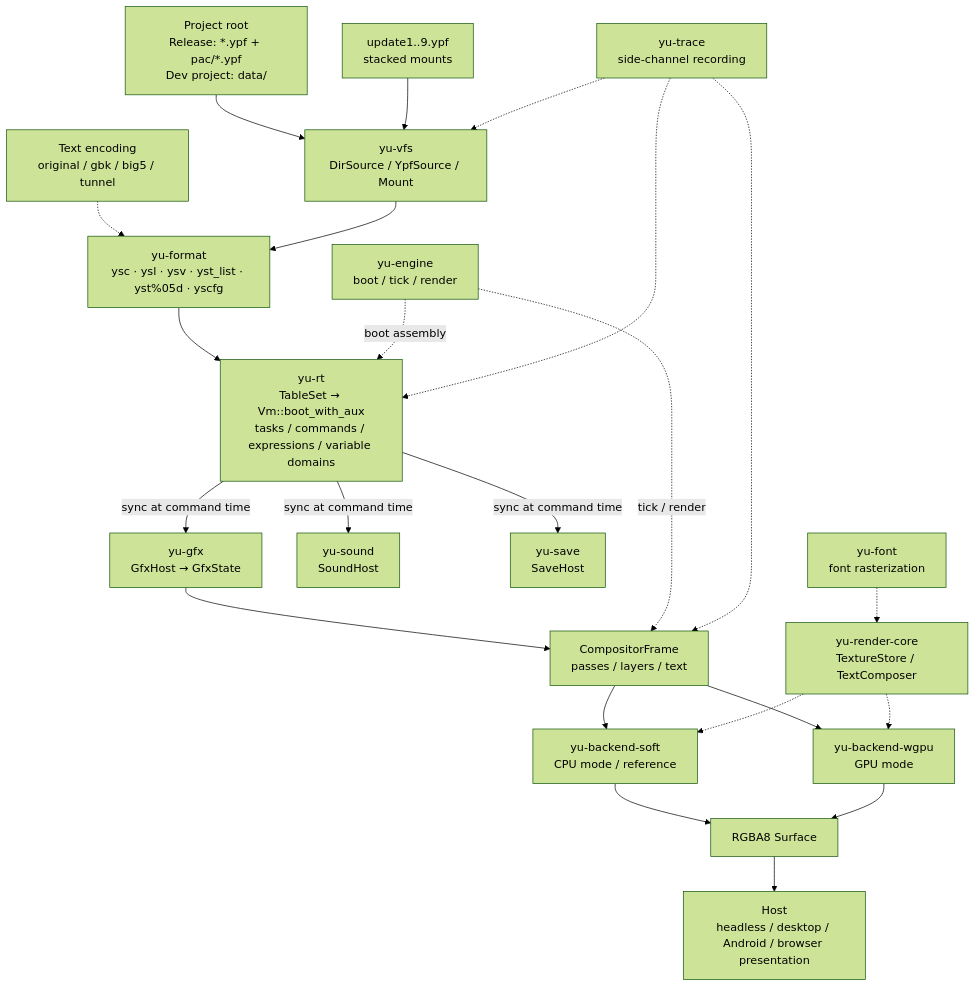
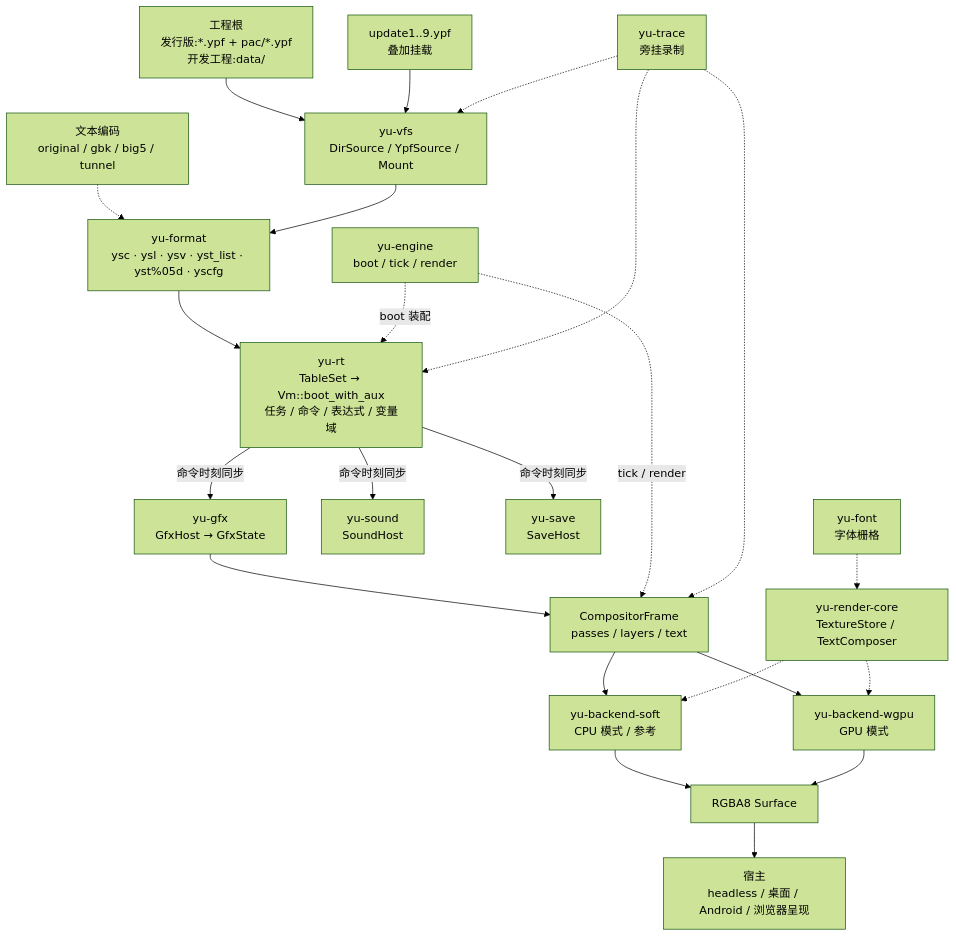
Before and after one commit to NotFaceGUI/yuris-kernel: the diagram in README.md, drawn with Mermaid (forest theme). The commit also changed other lines of this file and 3 other files, not shown here.

````diff
--- a/README.md
+++ b/README.md
@@ -184,43 +209,43 @@
 ```mermaid
 flowchart TD
-    PROJ["Project root<br/>Release: *.ypf + pac/*.ypf<br/>Dev project: data/"]
-    UPD["update1..9.ypf<br/>stacked mounts"]
-    PATCH["Text encoding<br/>original / gbk / big5 / tunnel"]
+    PROJ["工程根<br/>发行版:*.ypf + pac/*.ypf<br/>开发工程:data/"]
+    UPD["update1..9.ypf<br/>叠加挂载"]
+    PATCH["文本编码<br/>original / gbk / big5 / tunnel"]
     VFS["yu-vfs<br/>DirSource / YpfSource / Mount"]
     FMT["yu-format<br/>ysc · ysl · ysv · yst_list · yst%05d · yscfg"]
-    RT["yu-rt<br/>TableSet → Vm::boot_with_aux<br/>tasks / commands / expressions / variable domains"]
+    RT["yu-rt<br/>TableSet → Vm::boot_with_aux<br/>任务 / 命令 / 表达式 / 变量域"]
     GFX["yu-gfx<br/>GfxHost → GfxState"]
     SND["yu-sound<br/>SoundHost"]
     SAV["yu-save<br/>SaveHost"]
     CF["CompositorFrame<br/>passes / layers / text"]
     CORE["yu-render-core<br/>TextureStore / TextComposer"]
-    FONT["yu-font<br/>font rasterization"]
-    SOFT["yu-backend-soft<br/>CPU mode / reference"]
-    WGPU["yu-backend-wgpu<br/>GPU mode"]
+    FONT["yu-font<br/>字体栅格"]
+    SOFT["yu-backend-soft<br/>CPU 模式 / 参考"]
+    WGPU["yu-backend-wgpu<br/>GPU 模式"]
     SURF["RGBA8 Surface"]
-    HOST["Host<br/>headless / desktop / Android / browser presentation"]
+    HOST["宿主<br/>headless / 桌面 / Android / 浏览器呈现"]
     ENG["yu-engine<br/>boot / tick / render"]
-    TRACE["yu-trace<br/>side-channel recording"]
+    TRACE["yu-trace<br/>旁挂录制"]
 
     PROJ --> VFS
     UPD --> VFS
     PATCH -.-> FMT
     VFS --> FMT --> RT
-    RT -->|"sync at command time"| GFX
-    RT -->|"sync at command time"| SND
-    RT -->|"sync at command time"| SAV
+    RT -->|"命令时刻同步"| GFX
+    RT -->|"命令时刻同步"| SND
+    RT -->|"命令时刻同步"| SAV
     GFX --> CF
     CF --> SOFT
     CF --> WGPU
     FONT -.-> CORE
     CORE -.-> SOFT
     CORE -.-> WGPU
     SOFT --> SURF
     WGPU --> SURF
     SURF --> HOST
-    ENG -.->|"boot assembly"| RT
+    ENG -.->|"boot 装配"| RT
     ENG -.->|"tick / render"| CF
     TRACE -.-> VFS
     TRACE -.-> RT
     TRACE -.-> CF
 ```
````
